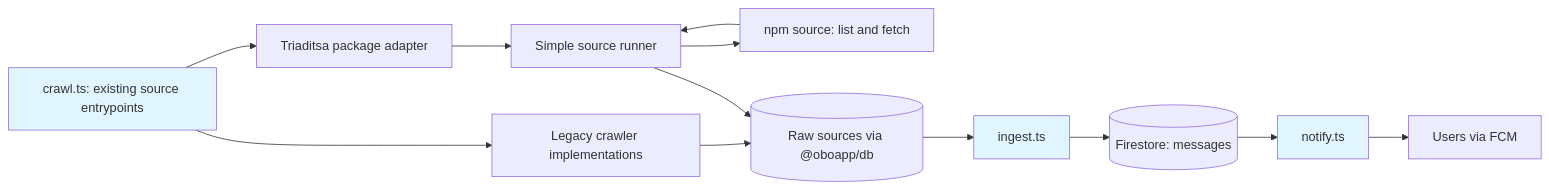
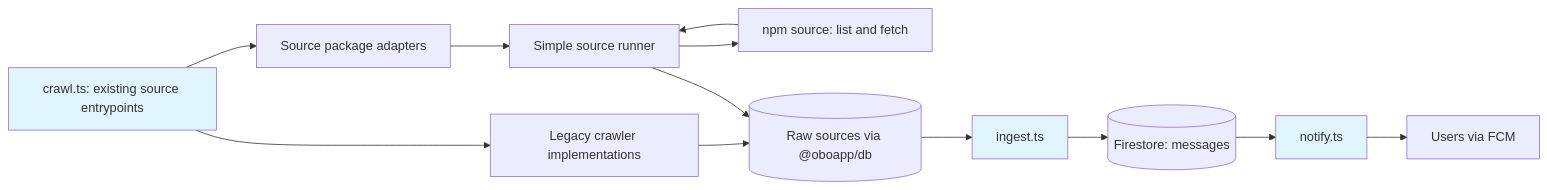
One commit to oboapp/oboapp changed the diagram in ingest/README.md. Above: the diagram before and after it, drawn with Mermaid. The commit also changed other lines of this file, not shown here.

Commit message:
docs(ingest): describe migrated source adapters

````diff
--- a/ingest/README.md
+++ b/ingest/README.md
@@ -13,18 +13,18 @@
 ```mermaid
 graph LR
     B[crawl.ts: existing source entrypoints] --> L[Legacy crawler implementations]
-    B --> T[Triaditsa package adapter]
+    B --> T[Source package adapters]
     T --> R[Simple source runner]
     R --> P[npm source: list and fetch]
     P --> R
     L --> C[(Raw sources via @oboapp/db)]
     R --> C
     C --> D[ingest.ts]
     D --> E[(Firestore: messages)]
     E --> F[notify.ts]
     F --> G[Users via FCM]
 
     style B fill:#e1f5ff
     style D fill:#e1f5ff
     style F fill:#e1f5ff
 ```
````
